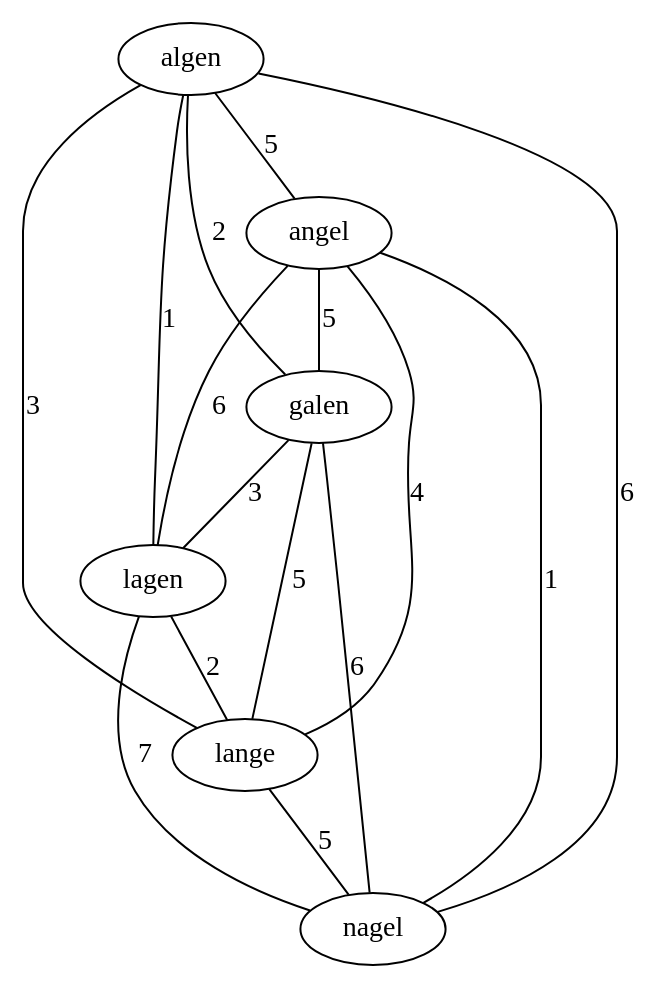
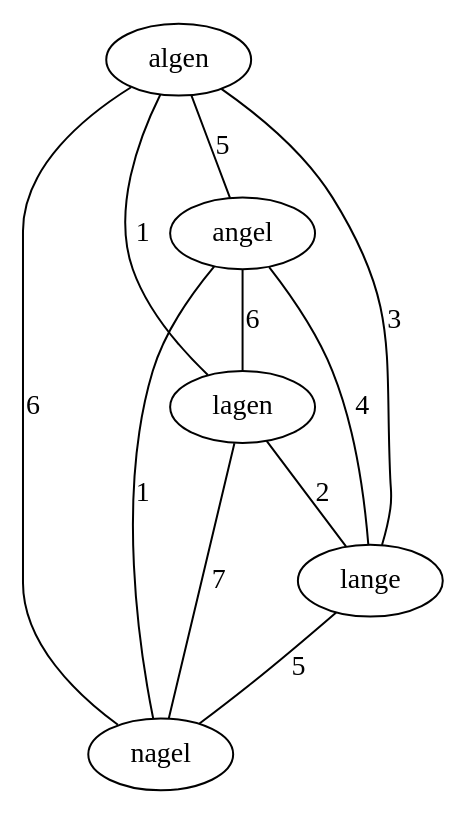
The diagram in output/dot/DE_algen.dot (increpare/Galaktisches_Etymologieforschungsinstitut), drawn with Graphviz before and after one commit. The commit also changed 53 other files, not shown here.

```diff
--- a/output/dot/DE_algen.dot
+++ b/output/dot/DE_algen.dot
@@ -1,17 +1,12 @@
 graph {
 	algen -- angel [ label="5" ];
-	algen -- galen [ label="2" ];
 	algen -- lagen [ label="1" ];
 	algen -- lange [ label="3" ];
 	algen -- nagel [ label="6" ];
-	angel -- galen [ label="5" ];
 	angel -- lagen [ label="6" ];
 	angel -- lange [ label="4" ];
 	angel -- nagel [ label="1" ];
-	galen -- lagen [ label="3" ];
-	galen -- lange [ label="5" ];
-	galen -- nagel [ label="6" ];
 	lagen -- lange [ label="2" ];
 	lagen -- nagel [ label="7" ];
 	lange -- nagel [ label="5" ];
 }
```
